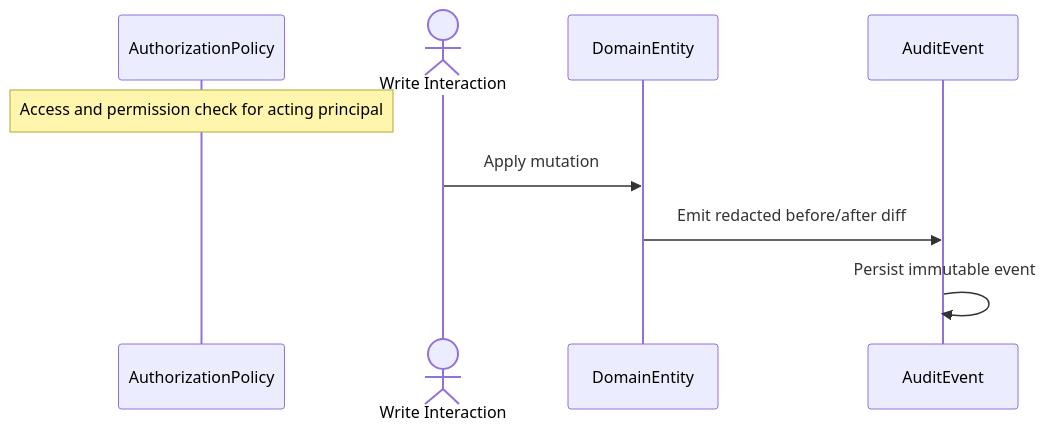
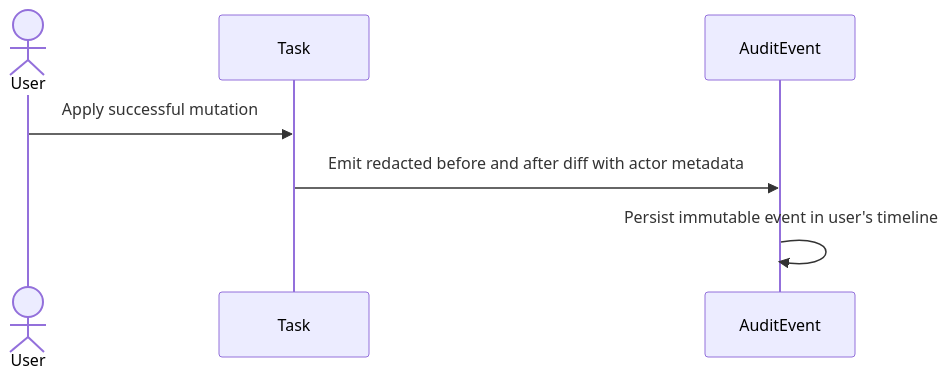
The third of 6 diagrams in architecture/sequence-diagrams/06-data-audit-system.md (ChidiRnweke/margin), drawn with Mermaid before and after one commit. The commit also changed other lines of this file and 12 other files, not shown here.

Commit message:
Enhance sequence diagrams and introduce traceability matrix

````diff
--- a/architecture/sequence-diagrams/06-data-audit-system.md
+++ b/architecture/sequence-diagrams/06-data-audit-system.md
@@ -48,11 +70,9 @@
 ```mermaid
 sequenceDiagram
-    participant G as AuthorizationPolicy
-    Note over G: Access and permission check for acting principal
-    actor W as Write Interaction
-    participant D as DomainEntity
+    actor U as User
+    participant T as Task
     participant A as AuditEvent
-    W->>D: Apply mutation
-    D->>A: Emit redacted before/after diff
-    A->>A: Persist immutable event
+    U->>T: Apply successful mutation
+    T->>A: Emit redacted before and after diff with actor metadata
+    A->>A: Persist immutable event in user's timeline
 ```
````
